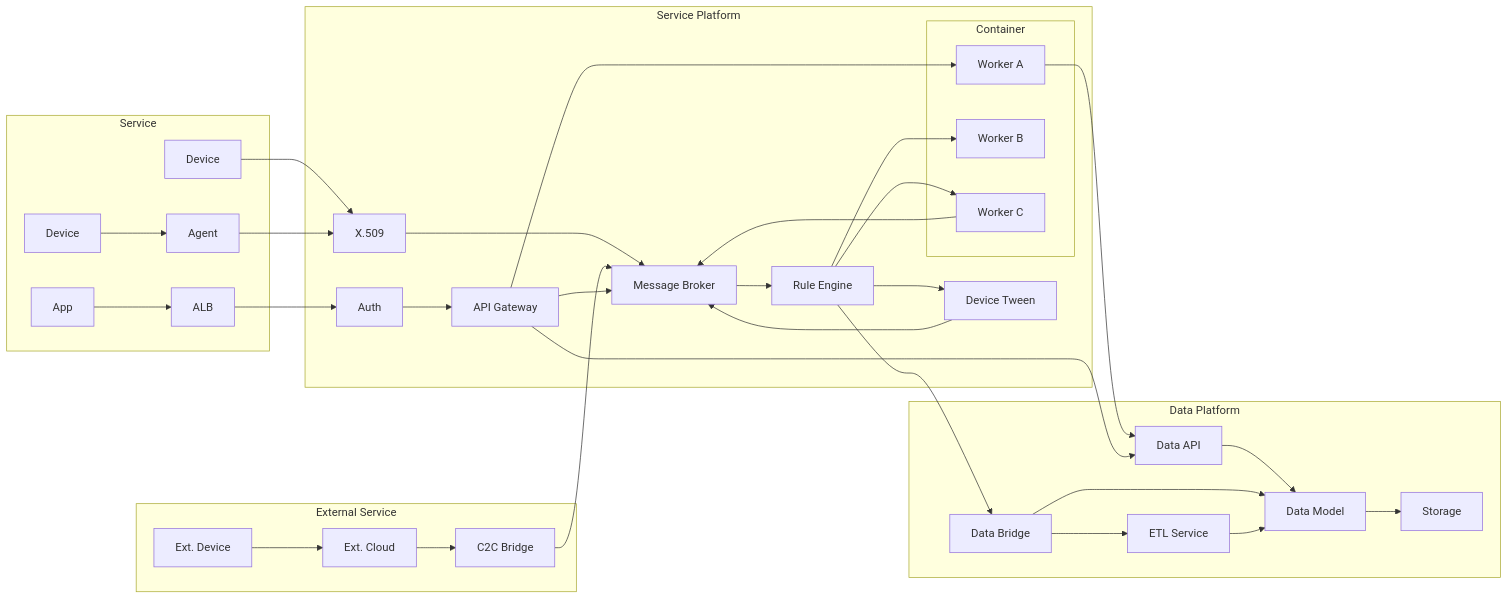
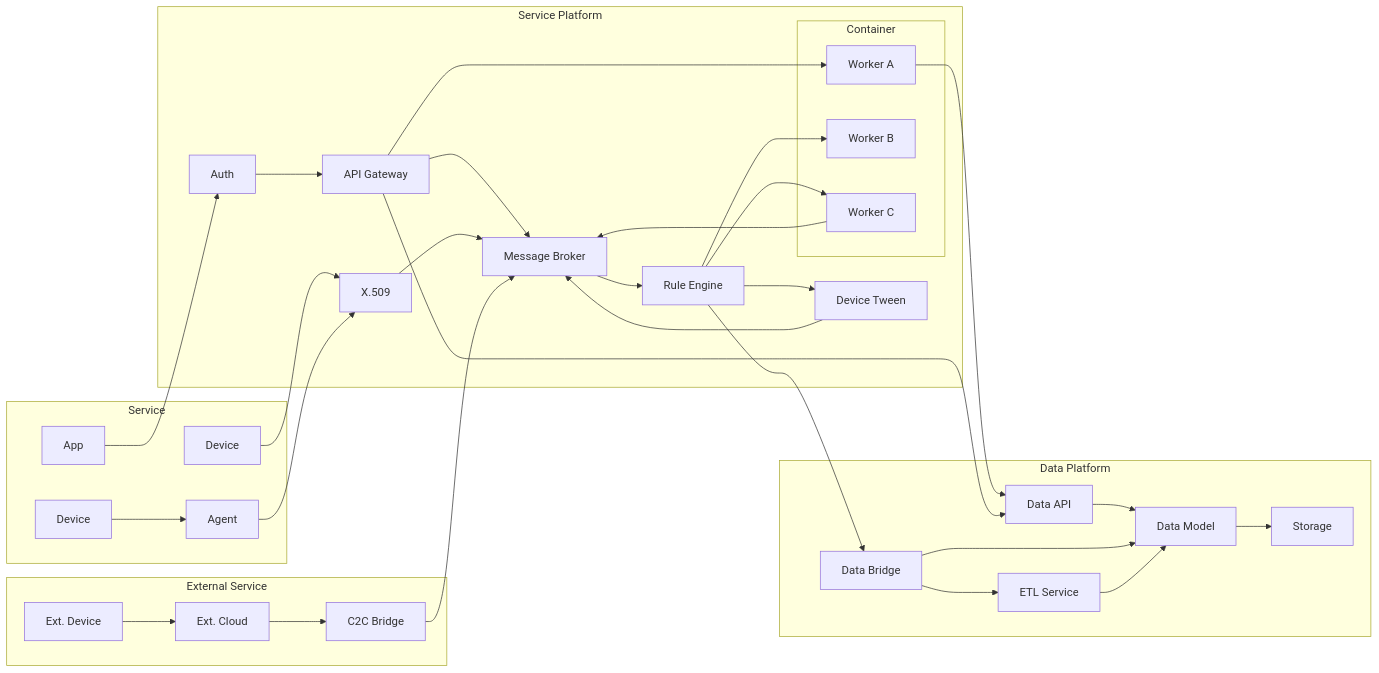
One commit to devchan64/devchan64.github.io changed the second of 2 diagrams in marp/ppt/message-architecture-and-operational-design.md. Above: the diagram before and after it, drawn with Mermaid. The commit also changed other lines of this file and 2 other files, not shown here.

```diff
--- a/marp/ppt/message-architecture-and-operational-design.md
+++ b/marp/ppt/message-architecture-and-operational-design.md
@@ -65,43 +172,43 @@
 <div class="mermaid">
 graph LR
-%% --- 상위 서비스 구조 ---
-subgraph SRV [Service]
-DEV[Device]
-DEV1[Device] --> AGENT[Agent]
-APP[App] --> ALB 
-end    
-subgraph 3RD [External Service]
-3RD_DEV[Ext. Device] --> 3RD_CLOUD[Ext. Cloud] --> BRIDGE[C2C Bridge]
-end
 %% --- 메인 서비스 플랫폼 ---
 subgraph SP [Service Platform]
 AUTH[Auth] --> API[API Gateway]
-X509[X.509] --> MSG[Message Broker]
-BRIDGE --> MSG
 API --> MSG
 MSG --> RULE[Rule Engine] --> DT[Device Tween] --> MSG
+X509[X.509] --> MSG[Message Broker]
 subgraph OC [Container]
 MSA[Worker A]
 MSA1[Worker B]
 MSA2[Worker C]
 end
 API --> MSA
 RULE --> MSA1
 RULE --> MSA2 --> MSG
 end
+%% --- 상위 서비스 구조 ---
+subgraph SRV [Service]
+APP[App]
+DEV[Device]
+DEV1[Device] --> AGENT[Agent]
+end
+subgraph 3RD [External Service]
+3RD_DEV[Ext. Device] --> 3RD_CLOUD[Ext. Cloud] --> BRIDGE[C2C Bridge]
+end
+BRIDGE --> MSG
 %% --- 데이터 플랫폼 ---
 subgraph DP [Data Platform]
 DATA_API[Data API] --> MODEL[Data Model]
 DATA_BRIDGE[Data Bridge] --> MODEL
 ETL[ETL Service] --> MODEL
 MODEL --> DATA[Storage]
 end
 %% --- Cross-domain 연결 ---
 MSA --> DATA_API
 API --> DATA_API
 RULE --> DATA_BRIDGE
 DATA_BRIDGE --> ETL
 DEV[Device] --> X509
 AGENT --> X509
-ALB --> AUTH
+APP --> AUTH
 </div>
```
